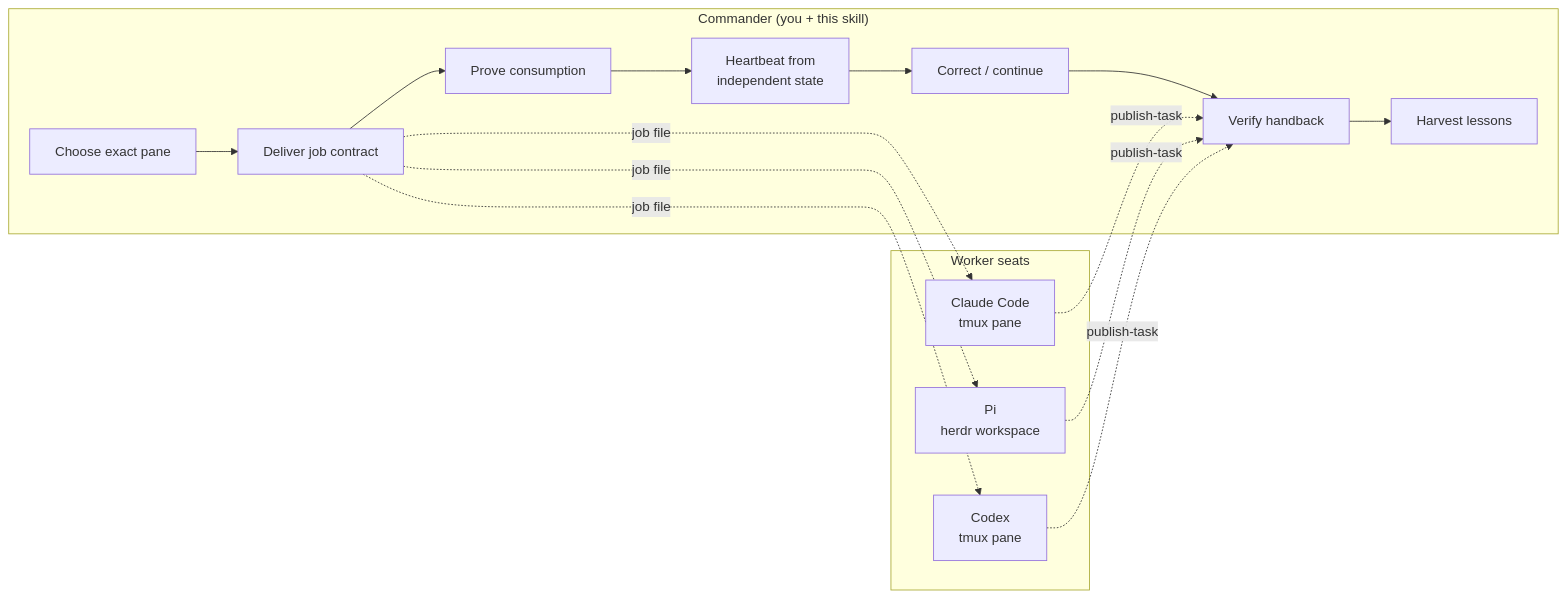
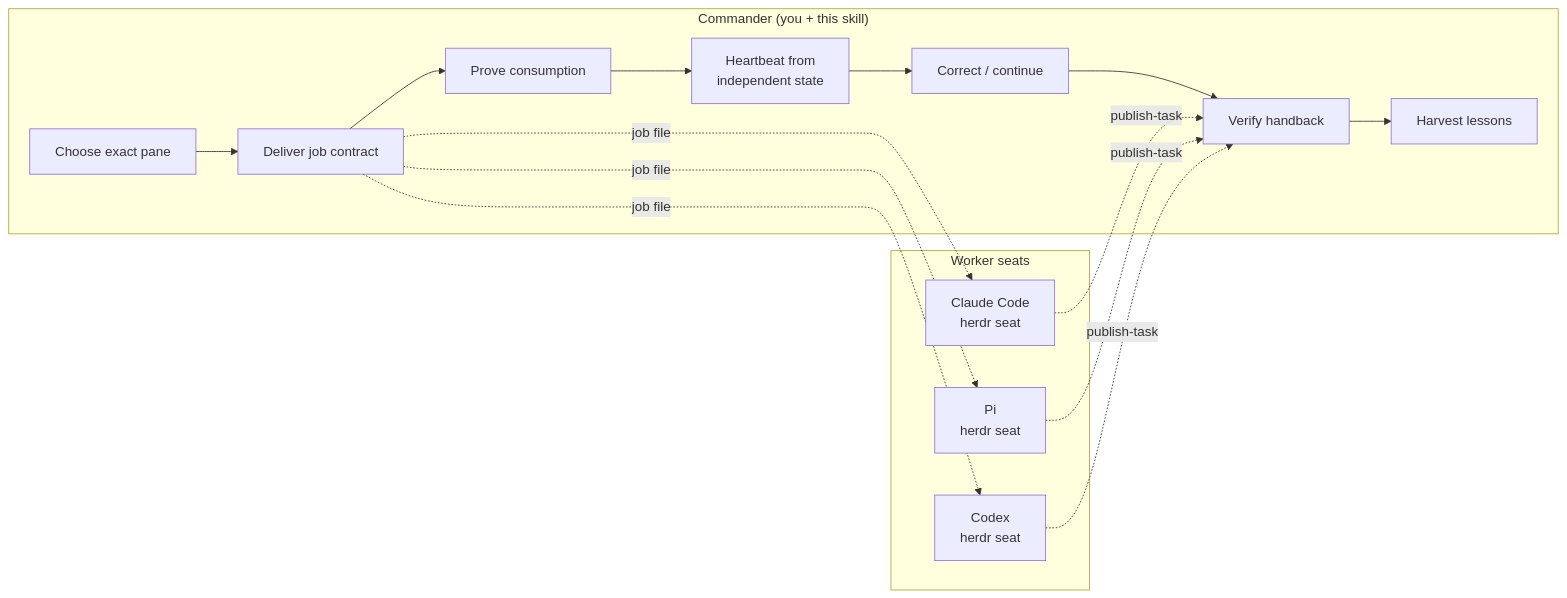
The diagram in README.md (tenmomo/fleet-commander), drawn with Mermaid before and after one commit. The commit also changed other lines of this file and 11 other files, not shown here.

Commit message:
v3.0.0: herdr standing fabric (tmux archived), fabric-detected notify wire, SLASH-COMMANDS four-harness table, usage.sh quota reader, judge-seat wave doctrine

````diff
--- a/README.md
+++ b/README.md
@@ -27,20 +27,20 @@
 ```mermaid
 flowchart LR
     subgraph Commander["Commander (you + this skill)"]
         A[Choose exact pane] --> B[Deliver job contract]
         B --> C[Prove consumption]
         C --> D[Heartbeat from<br/>independent state]
         D --> E[Correct / continue]
         E --> F[Verify handback]
         F --> G[Harvest lessons]
     end
 
     subgraph Workers["Worker seats"]
-        W1[Claude Code<br/>tmux pane]
-        W2[Pi<br/>herdr workspace]
-        W3[Codex<br/>tmux pane]
+        W1[Claude Code<br/>herdr seat]
+        W2[Pi<br/>herdr seat]
+        W3[Codex<br/>herdr seat]
     end
 
     B -.->|job file| W1 & W2 & W3
     W1 & W2 & W3 -.->|publish-task| F
 ```
````
